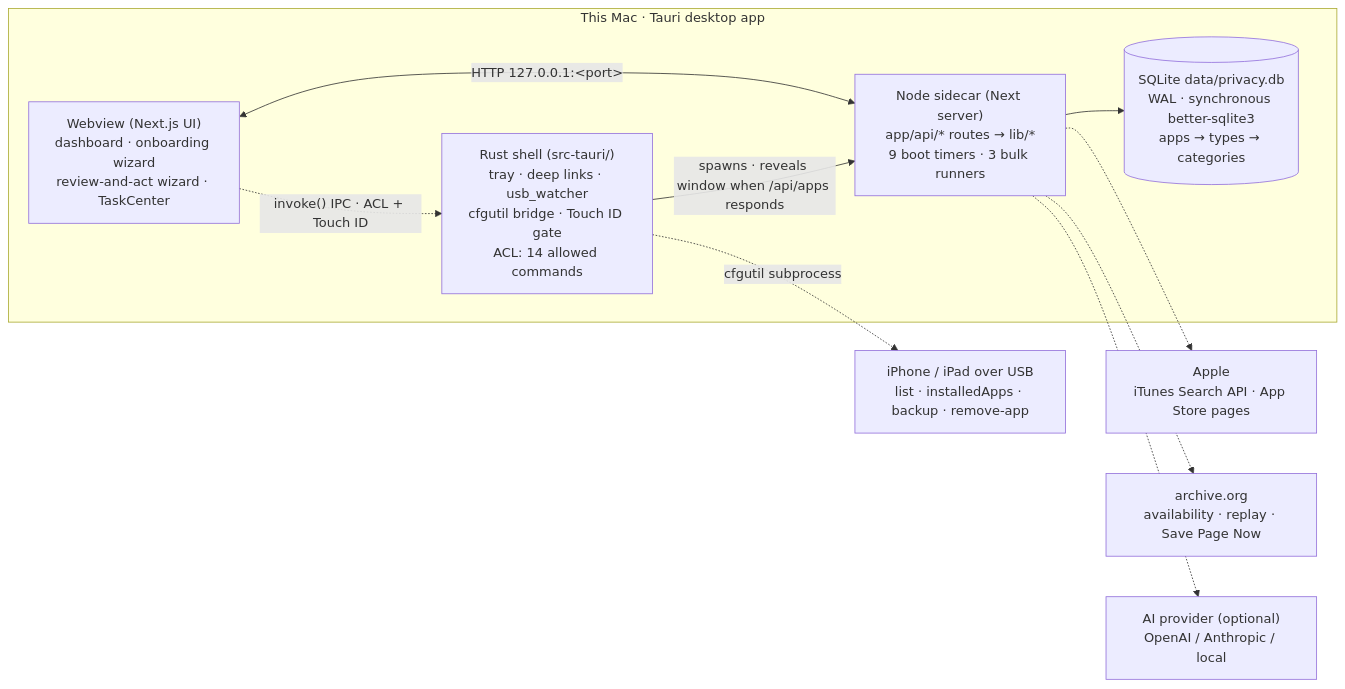
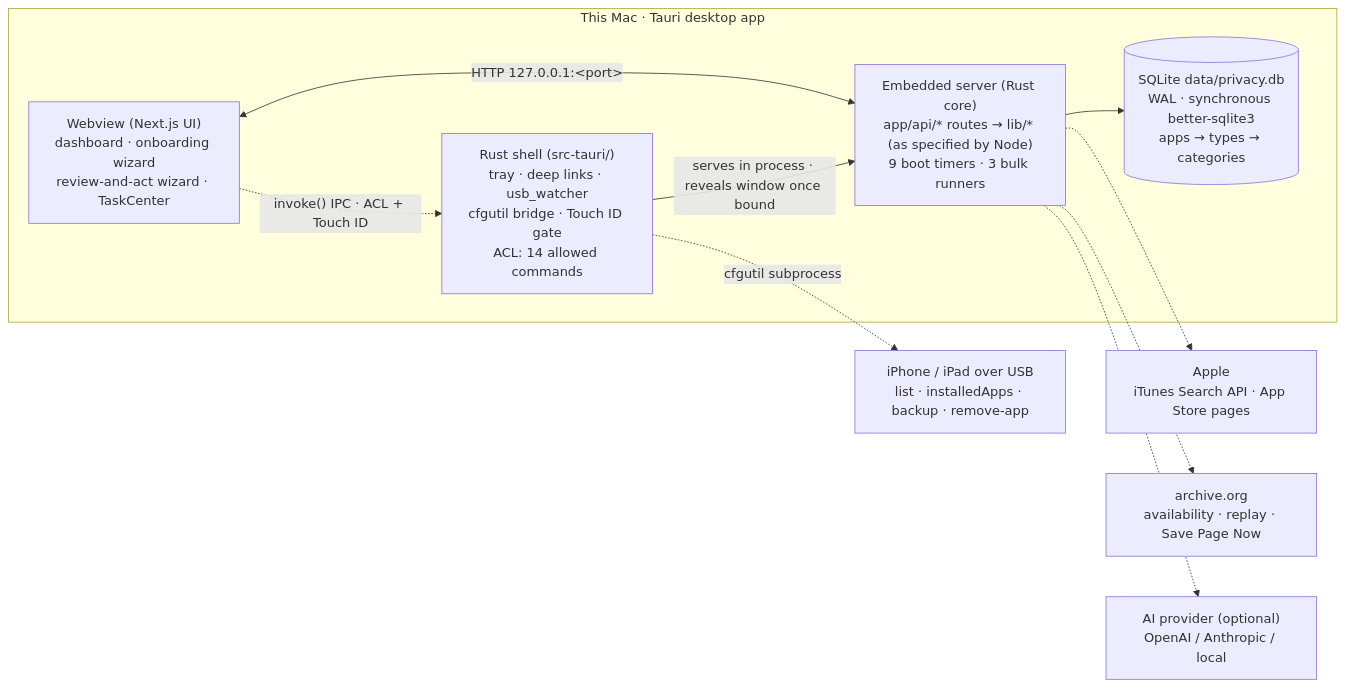
Before and after one commit to privacykey/privacytracker: the first of 8 diagrams in docs/ARCHITECTURE.md, drawn with Mermaid. The commit also changed other lines of this file and 78 other files, not shown here.

Commit message:
chore(desktop): retire the Node sidecar before v0.3.0 (#383)

````diff
--- a/docs/ARCHITECTURE.md
+++ b/docs/ARCHITECTURE.md
@@ -31,22 +32,22 @@
 ```mermaid
 flowchart LR
   subgraph mac["This Mac · Tauri desktop app"]
     shell["Rust shell (src-tauri/)<br/>tray · deep links · usb_watcher<br/>cfgutil bridge · Touch ID gate<br/>ACL: 14 allowed commands"]
     webview["Webview (Next.js UI)<br/>dashboard · onboarding wizard<br/>review-and-act wizard · TaskCenter"]
-    sidecar["Node sidecar (Next server)<br/>app/api/* routes → lib/*<br/>9 boot timers · 3 bulk runners"]
+    server["Embedded server (Rust core)<br/>app/api/* routes → lib/* (as specified by Node)<br/>9 boot timers · 3 bulk runners"]
     db[("SQLite data/privacy.db<br/>WAL · synchronous better-sqlite3<br/>apps → types → categories")]
   end
   phone["iPhone / iPad over USB<br/>list · installedApps · backup · remove-app"]
   apple["Apple<br/>iTunes Search API · App Store pages"]
   archive["archive.org<br/>availability · replay · Save Page Now"]
   ai["AI provider (optional)<br/>OpenAI / Anthropic / local"]
 
-  shell -->|"spawns · reveals window when /api/apps responds"| sidecar
-  webview <-->|"HTTP 127.0.0.1:&lt;port&gt;"| sidecar
+  shell -->|"serves in process · reveals window once bound"| server
+  webview <-->|"HTTP 127.0.0.1:&lt;port&gt;"| server
   webview -.->|"invoke() IPC · ACL + Touch ID"| shell
   shell -.->|"cfgutil subprocess"| phone
-  sidecar --> db
-  sidecar -.-> apple
-  sidecar -.-> archive
-  sidecar -.-> ai
+  server --> db
+  server -.-> apple
+  server -.-> archive
+  server -.-> ai
 ```
````
